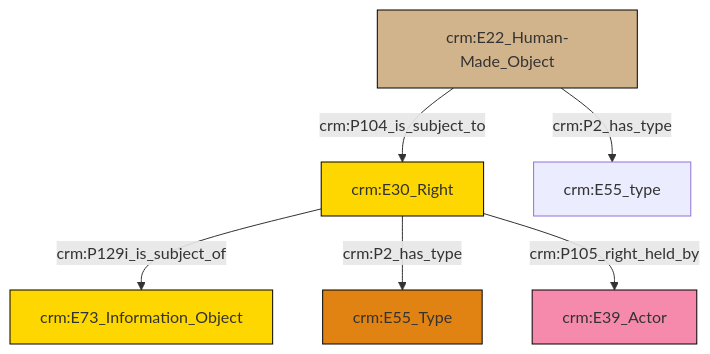
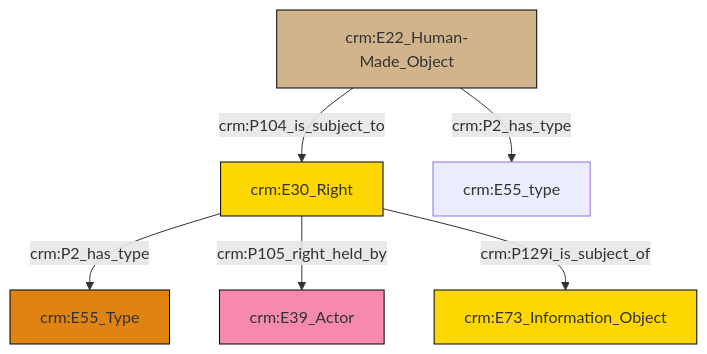
The diagram in et/builtWorkCSV/ttl/mmd/Built_Work_rights.ttl.mmd (swiss-art-research-net/reference-data-models), drawn with Mermaid before and after one commit. The commit also changed 154 other files, not shown here.

```diff
--- a/et/builtWorkCSV/ttl/mmd/Built_Work_rights.ttl.mmd
+++ b/et/builtWorkCSV/ttl/mmd/Built_Work_rights.ttl.mmd
@@ -1,20 +1,20 @@
 graph TD
 classDef Literal fill:#f2f2f2,stroke:#000000;
 classDef CRM_Entity fill:#FFFFFF,stroke:#000000;
 classDef Temporal_Entity fill:#00C9E6, stroke:#000000;
 classDef Type fill:#E18312, stroke:#000000;
 classDef Time-Span fill:#2C9C91, stroke:#000000;
 classDef Appellation fill:#FFEB7F, stroke:#000000;
 classDef Place fill:#008836, stroke:#000000;
 classDef Persistent_Item fill:#B266B2, stroke:#000000;
 classDef Conceptual_Object fill:#FFD700, stroke:#000000;
 classDef Physical_Thing fill:#D2B48C, stroke:#000000;
 classDef Actor fill:#f58aad, stroke:#000000;
 classDef PC_Classes fill:#4ce600, stroke:#000000;
 classDef Multi fill:#cccccc,stroke:#000000;
 
-0["crm:E30_Right"]:::Conceptual_Object -->|crm:P129i_is_subject_of| 2["crm:E73_Information_Object"]:::Conceptual_Object
-0["crm:E30_Right"]:::Conceptual_Object -->|crm:P2_has_type| 6["crm:E55_Type"]:::Type
-7["crm:E22_Human-Made_Object"]:::Physical_Thing -->|crm:P104_is_subject_to| 0["crm:E30_Right"]:::Conceptual_Object
-7["crm:E22_Human-Made_Object"]:::Physical_Thing -->|crm:P2_has_type| 4["crm:E55_type"]:::Default
-0["crm:E30_Right"]:::Conceptual_Object -->|crm:P105_right_held_by| 9["crm:E39_Actor"]:::Actor
+0["crm:E30_Right"]:::Conceptual_Object -->|crm:P2_has_type| 1["crm:E55_Type"]:::Type
+2["crm:E22_Human-Made_Object"]:::Physical_Thing -->|crm:P2_has_type| 3["crm:E55_type"]:::Default
+2["crm:E22_Human-Made_Object"]:::Physical_Thing -->|crm:P104_is_subject_to| 0["crm:E30_Right"]:::Conceptual_Object
+0["crm:E30_Right"]:::Conceptual_Object -->|crm:P105_right_held_by| 8["crm:E39_Actor"]:::Actor
+0["crm:E30_Right"]:::Conceptual_Object -->|crm:P129i_is_subject_of| 6["crm:E73_Information_Object"]:::Conceptual_Object
```
